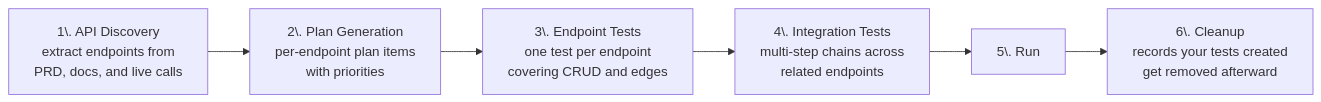
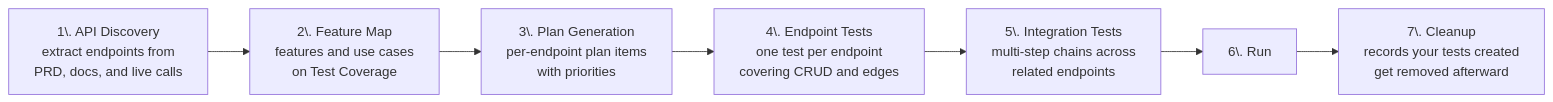
One commit to TestSprite/Docs changed the diagram in web-portal/core/api/api-testing.mdx. Above: the diagram before and after it, drawn with Mermaid. The commit also changed other lines of this file and 51 other files, not shown here.

````diff
--- a/web-portal/core/api/api-testing.mdx
+++ b/web-portal/core/api/api-testing.mdx
@@ -27,11 +26,12 @@
 ```mermaid
 flowchart LR
     A["1\. API Discovery<br/>extract endpoints from<br/>PRD, docs, and live calls"]
-    B["2\. Plan Generation<br/>per-endpoint plan items<br/>with priorities"]
-    C["3\. Endpoint Tests<br/>one test per endpoint<br/>covering CRUD and edges"]
-    D["4\. Integration Tests<br/>multi-step chains across<br/>related endpoints"]
-    E["5\. Run"]
-    F["6\. Cleanup<br/>records your tests created<br/>get removed afterward"]
+    M["2\. Feature Map<br/>features and use cases<br/>on Test Coverage"]
+    B["3\. Plan Generation<br/>per-endpoint plan items<br/>with priorities"]
+    C["4\. Endpoint Tests<br/>one test per endpoint<br/>covering CRUD and edges"]
+    D["5\. Integration Tests<br/>multi-step chains across<br/>related endpoints"]
+    E["6\. Run"]
+    F["7\. Cleanup<br/>records your tests created<br/>get removed afterward"]
 
-    A --> B --> C --> D --> E --> F
+    A --> M --> B --> C --> D --> E --> F
 ```
````
